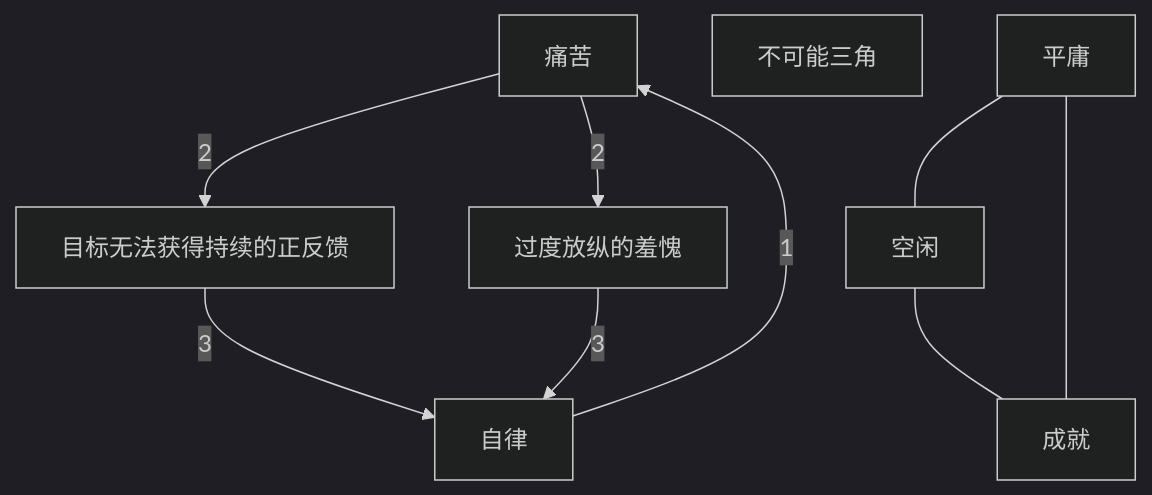
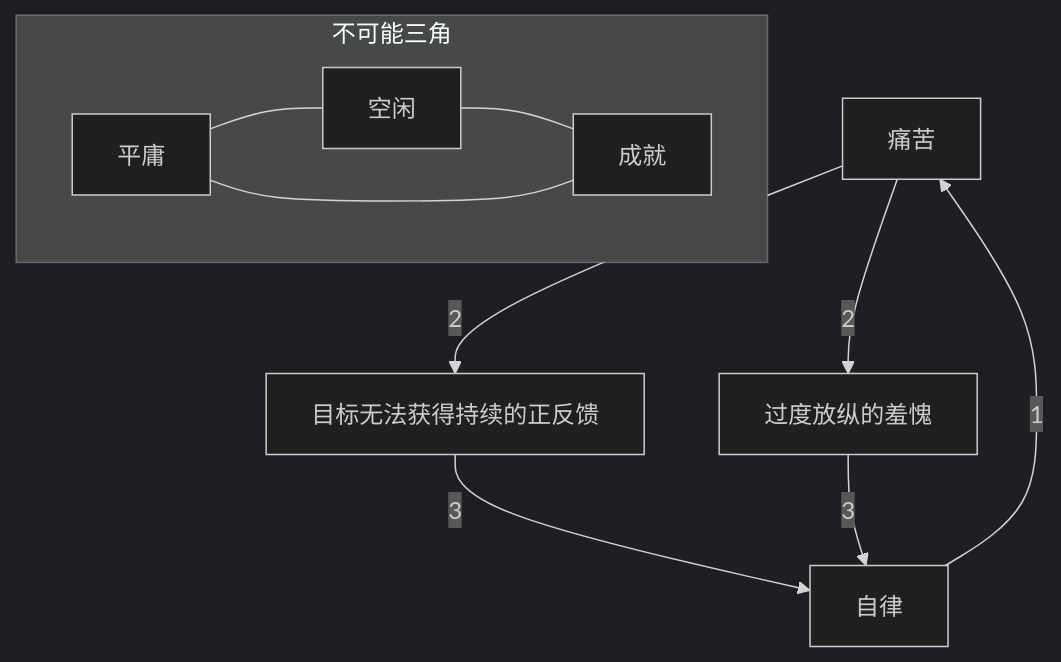
Before and after one commit to Guoaking/ob: the diagram in 啊啊/名词/自律.md, drawn with Mermaid (dark theme). The commit also changed other lines of this file and 34 other files, not shown here.

````diff
--- a/啊啊/名词/自律.md
+++ b/啊啊/名词/自律.md
@@ -19,8 +23,9 @@
 ```mermaid
 flowchart TD
 痛苦 -- 2 --> 目标无法获得持续的正反馈 & 过度放纵的羞愧 -- 3 --> 自律 -- 1 -->痛苦
 
 
-不可能三角
+subgraph 不可能三角
 平庸 --- 空闲 --- 成就 --- 平庸
+end
 ```
````
